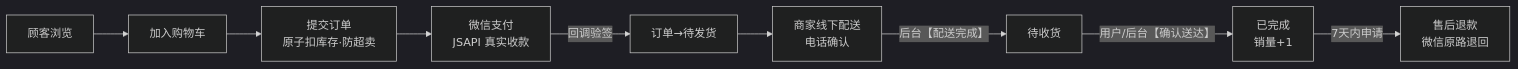
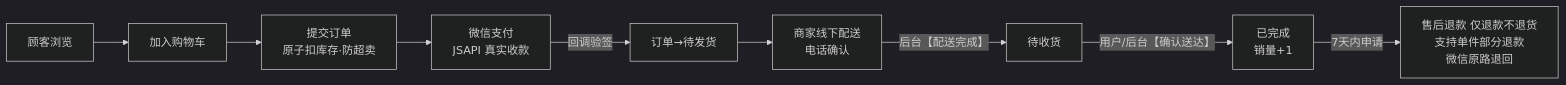
Before and after one commit to YunYustudio/YunYuFresh_mall: the second of 3 diagrams in README.md, drawn with Mermaid (dark theme). The commit also changed other lines of this file, not shown here.

````diff
--- a/README.md
+++ b/README.md
@@ -79,11 +98,11 @@
 ```mermaid
 flowchart LR
     U[顾客浏览] --> C[加入购物车]
     C --> O[提交订单<br/>原子扣库存·防超卖]
     O --> P[微信支付<br/>JSAPI 真实收款]
     P -->|回调验签| PAID[订单→待发货]
     PAID --> D[商家线下配送<br/>电话确认]
     D -->|后台【配送完成】| R[待收货]
     R -->|用户/后台【确认送达】| DONE[已完成<br/>销量+1]
-    DONE -->|7天内申请| RF[售后退款<br/>微信原路退回]
+    DONE -->|7天内申请| RF[售后退款 仅退款不退货<br/>支持单件部分退款<br/>微信原路退回]
 ```
````
